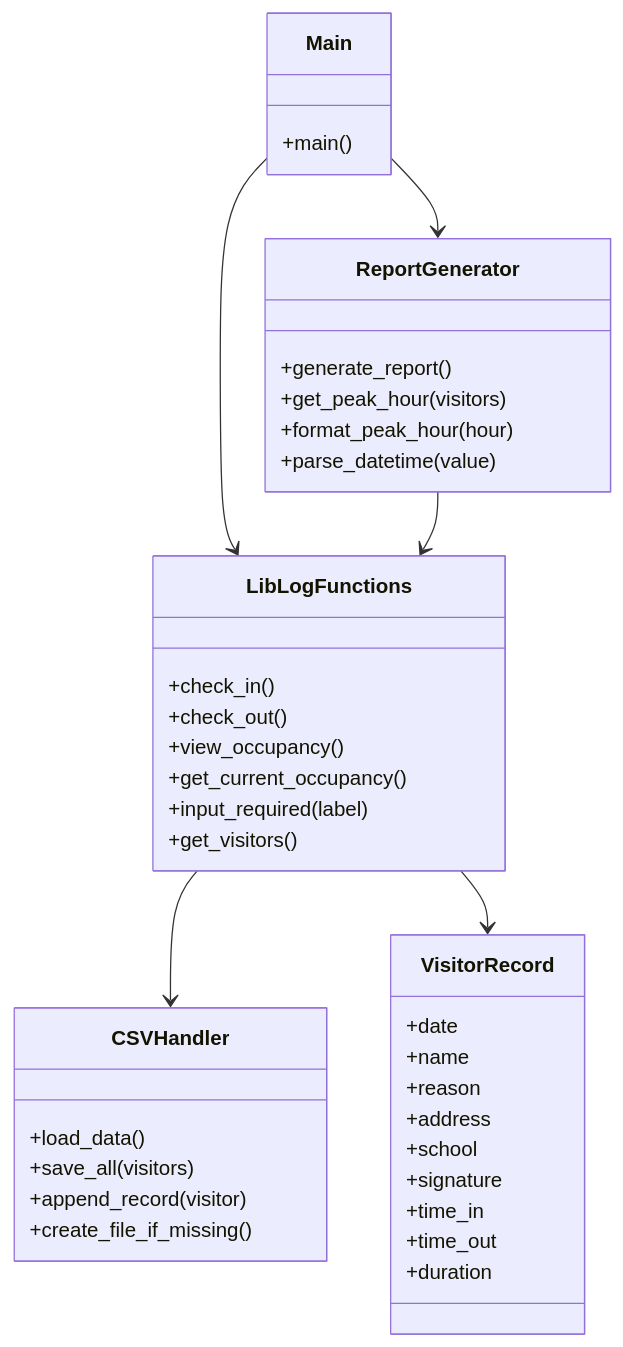
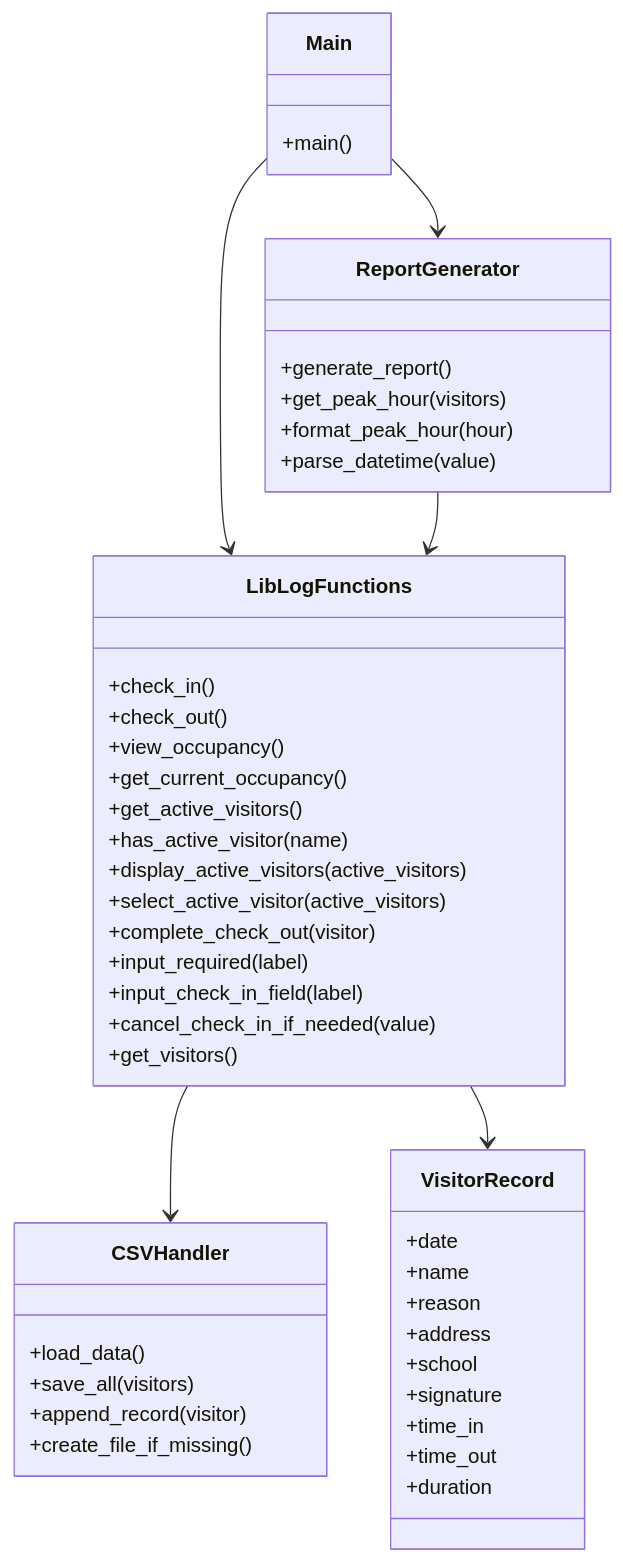
Before and after one commit to KekenGit/LibLogConsole: the second of 5 diagrams in DOCUMENTATION.md, drawn with Mermaid. The commit also changed other lines of this file, not shown here.

````diff
--- a/DOCUMENTATION.md
+++ b/DOCUMENTATION.md
@@ -132,47 +135,54 @@
 ```mermaid
 classDiagram
     class Main {
         +main()
     }
 
     class LibLogFunctions {
         +check_in()
         +check_out()
         +view_occupancy()
         +get_current_occupancy()
+        +get_active_visitors()
+        +has_active_visitor(name)
+        +display_active_visitors(active_visitors)
+        +select_active_visitor(active_visitors)
+        +complete_check_out(visitor)
         +input_required(label)
+        +input_check_in_field(label)
+        +cancel_check_in_if_needed(value)
         +get_visitors()
     }
 
     class CSVHandler {
         +load_data()
         +save_all(visitors)
         +append_record(visitor)
         +create_file_if_missing()
     }
 
     class ReportGenerator {
         +generate_report()
         +get_peak_hour(visitors)
         +format_peak_hour(hour)
         +parse_datetime(value)
     }
 
     class VisitorRecord {
         +date
         +name
         +reason
         +address
         +school
         +signature
         +time_in
         +time_out
         +duration
     }
 
     Main --> LibLogFunctions
     Main --> ReportGenerator
     LibLogFunctions --> CSVHandler
     LibLogFunctions --> VisitorRecord
     ReportGenerator --> LibLogFunctions
 ```
````
